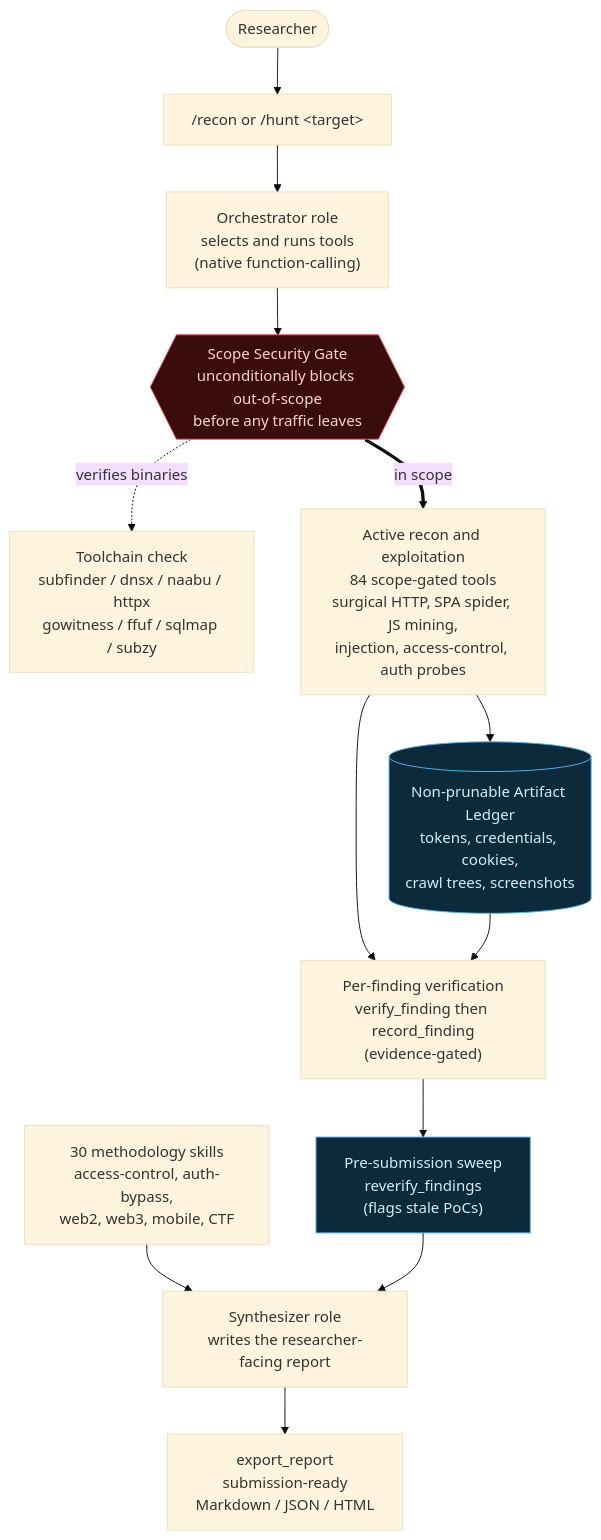
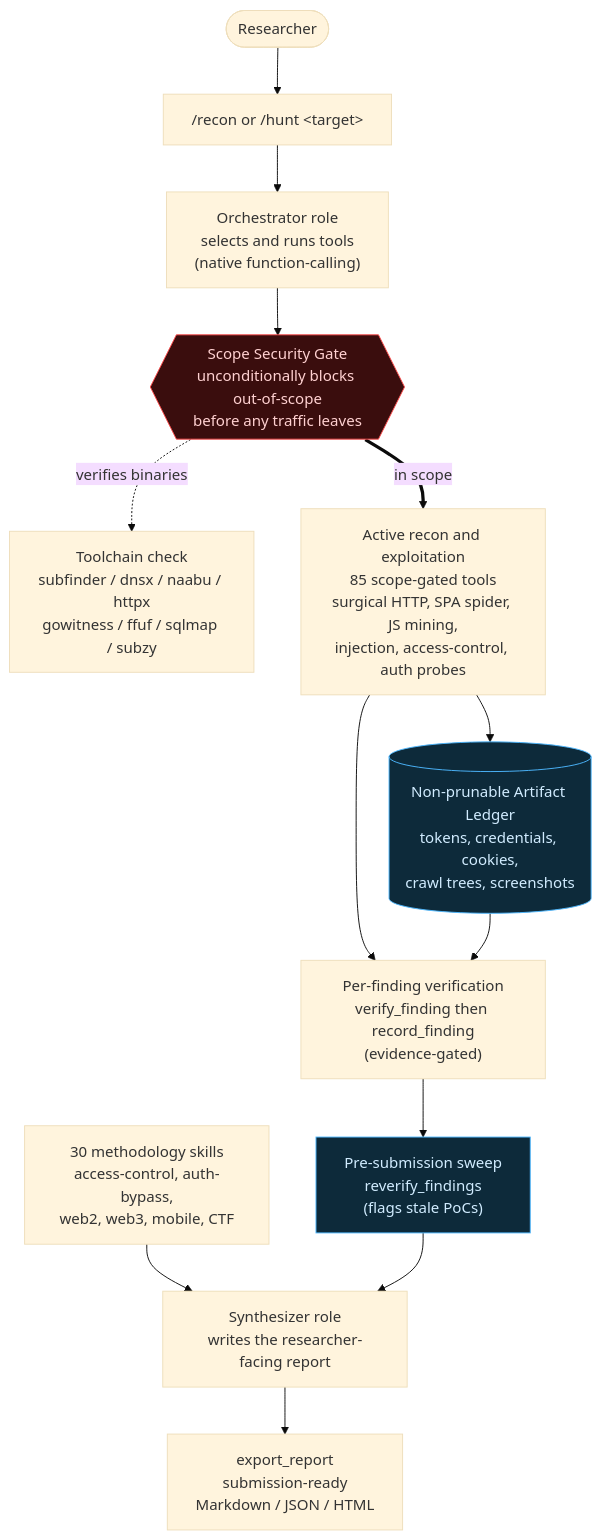
Before and after one commit to project-hellhound-org/bounty-hunter: the diagram in README.md, drawn with Mermaid (base theme). The commit also changed other lines of this file and 1 other file, not shown here.

````diff
--- a/README.md
+++ b/README.md
@@ -66,20 +66,20 @@
 ```mermaid
 flowchart TD
     U(["Researcher"]) --> CMD["/recon or /hunt &lt;target&gt;"]
     CMD --> ORC["Orchestrator role<br/>selects and runs tools<br/>(native function-calling)"]
     ORC --> GATE{{"Scope Security Gate<br/>unconditionally blocks out-of-scope<br/>before any traffic leaves"}}
     GATE -. verifies binaries .-> TOOLS["Toolchain check<br/>subfinder / dnsx / naabu / httpx<br/>gowitness / ffuf / sqlmap / subzy"]
-    GATE == in scope ==> RECON["Active recon and exploitation<br/>84 scope-gated tools<br/>surgical HTTP, SPA spider, JS mining,<br/>injection, access-control, auth probes"]
+    GATE == in scope ==> RECON["Active recon and exploitation<br/>85 scope-gated tools<br/>surgical HTTP, SPA spider, JS mining,<br/>injection, access-control, auth probes"]
     RECON --> LEDGER[("Non-prunable Artifact Ledger<br/>tokens, credentials, cookies,<br/>crawl trees, screenshots")]
     RECON --> VERIFY["Per-finding verification<br/>verify_finding then record_finding<br/>(evidence-gated)"]
     LEDGER --> VERIFY
     VERIFY --> REVERIFY["Pre-submission sweep<br/>reverify_findings<br/>(flags stale PoCs)"]
     SKILLS["30 methodology skills<br/>access-control, auth-bypass,<br/>web2, web3, mobile, CTF"] --> SYN
     REVERIFY --> SYN["Synthesizer role<br/>writes the researcher-facing report"]
     SYN --> REP["export_report<br/>submission-ready<br/>Markdown / JSON / HTML"]
 
     classDef gate fill:#3a0d0d,stroke:#ff4d4d,color:#ffd1d1;
     classDef store fill:#0d2a3a,stroke:#4db8ff,color:#d1ecff;
     class GATE gate;
     class LEDGER,REVERIFY store;
 ```
````
